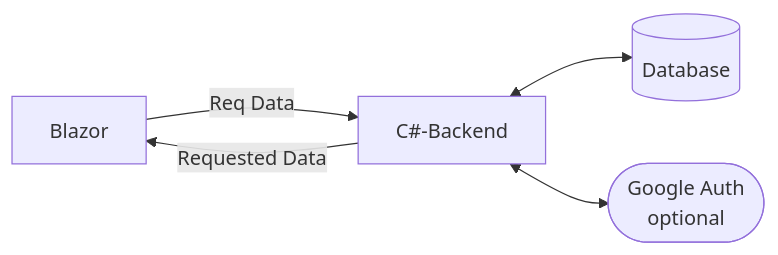
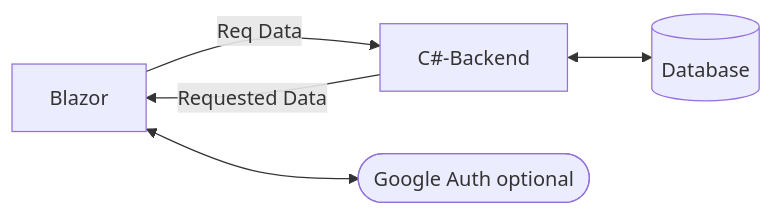
The first of 5 diagrams in README.md (cprescod-kings/NEA), drawn with Mermaid before and after one commit. The commit also changed other lines of this file, not shown here.

````diff
--- a/README.md
+++ b/README.md
@@ -69,10 +69,10 @@
 ```mermaid
 flowchart LR
 Blazor -- Req Data --> C#-Backend
 C#-Backend -- Requested Data -->Blazor
 id1[(Database)]
 C#-Backend <--> id1
-id2([Google Auth\noptional])
-C#-Backend <--> id2
+id2([Google Auth optional])
+Blazor <--> id2
 
 ```
````
